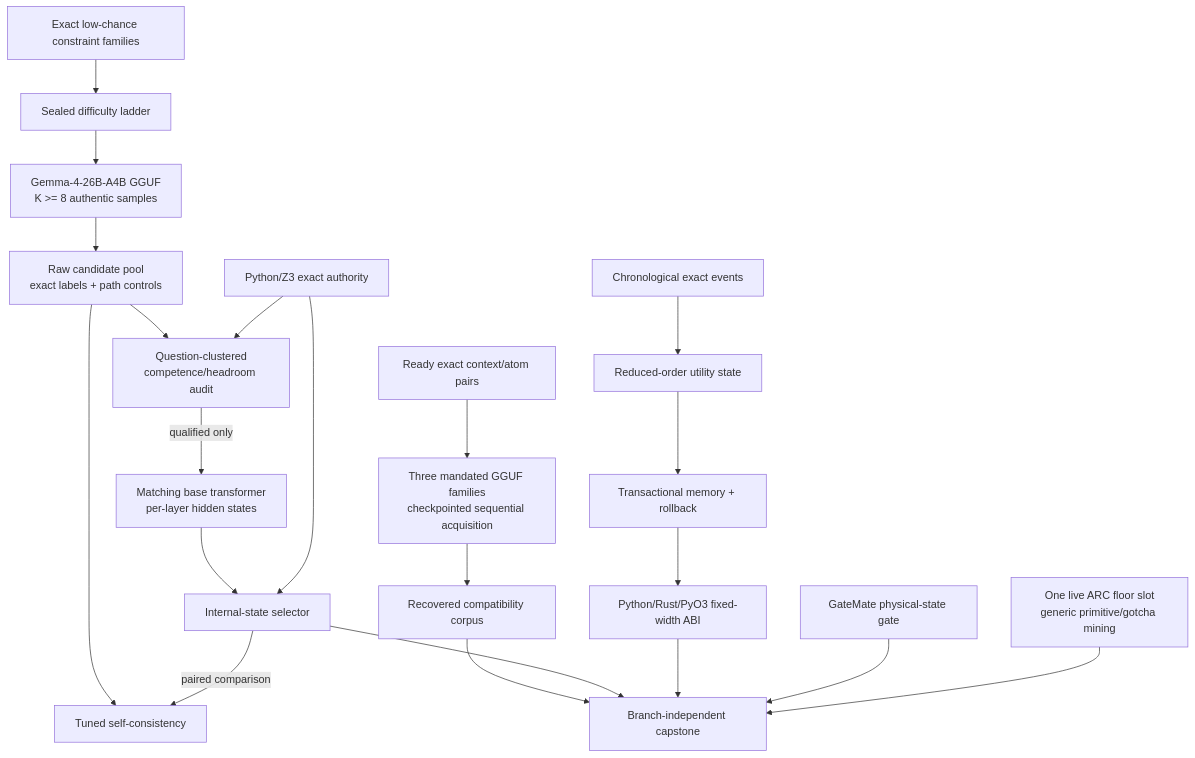
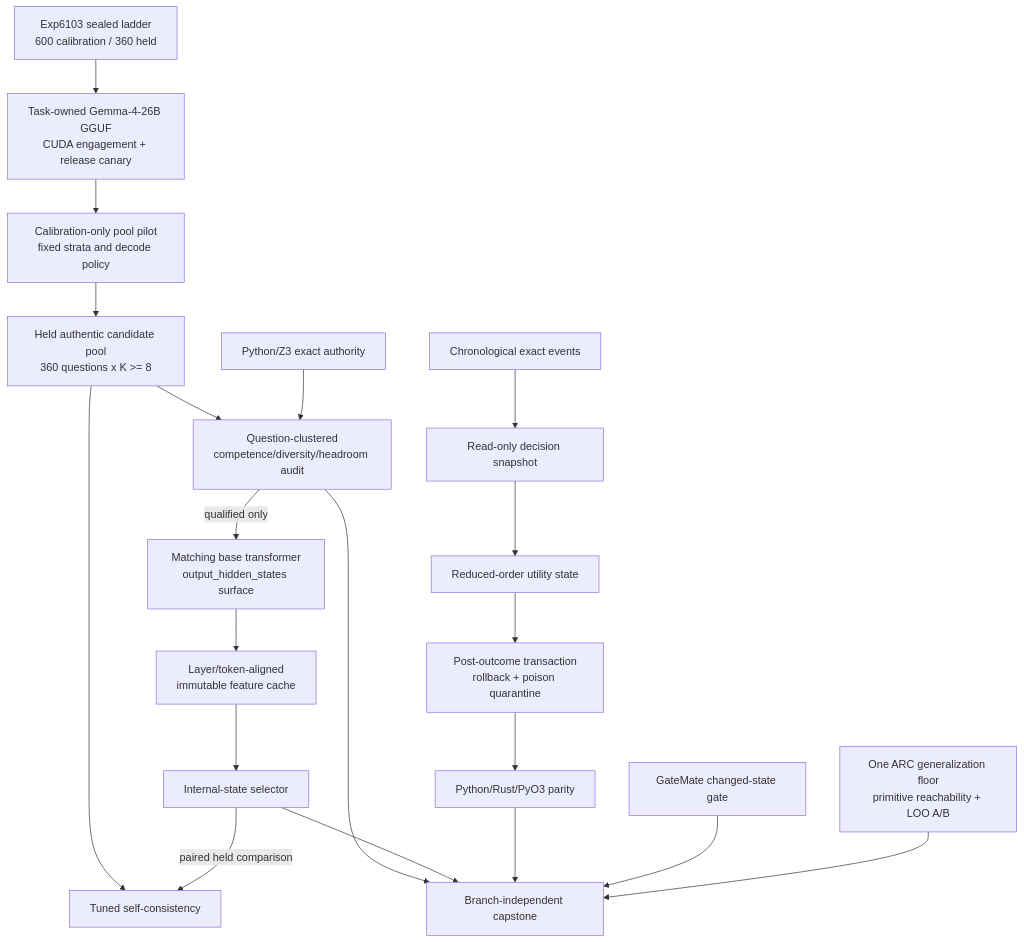
The diagram in openspec/change-proposals/research-roadmap-vNEXT.md (Carnot-EBM/carnot-ebm), drawn with Mermaid before and after one commit. The commit also changed other lines of this file and 6 other files, not shown here.

````diff
--- a/openspec/change-proposals/research-roadmap-vNEXT.md
+++ b/openspec/change-proposals/research-roadmap-vNEXT.md
@@ -109,41 +108,37 @@
 ```mermaid
 flowchart TD
-    FIX[Exact low-chance constraint families]
-    LADDER[Sealed difficulty ladder]
-    GGUF[Gemma-4-26B-A4B GGUF\nK >= 8 authentic samples]
-    POOL[Raw candidate pool\nexact labels + path controls]
-    AUDIT[Question-clustered\ncompetence/headroom audit]
-    BASE[Matching base transformer\nper-layer hidden states]
+    LADDER[Exp6103 sealed ladder\n600 calibration / 360 held]
+    CANARY[Task-owned Gemma-4-26B GGUF\nCUDA engagement + release canary]
+    CAL[Calibration-only pool pilot\nfixed strata and decode policy]
+    POOL[Held authentic candidate pool\n360 questions x K >= 8]
+    AUDIT[Question-clustered\ncompetence/diversity/headroom audit]
+    BASE[Matching base transformer\noutput_hidden_states surface]
+    CACHE[Layer/token-aligned\nimmutable feature cache]
     SELECT[Internal-state selector]
     SC[Tuned self-consistency]
     EXACT[Python/Z3 exact authority]
 
-    PAIR[Ready exact context/atom pairs]
-    THREE[Three mandated GGUF families\ncheckpointed sequential acquisition]
-    ATOMS[Recovered compatibility corpus]
+    EVENTS[Chronological exact events]
+    SNAP[Read-only decision snapshot]
+    ROU[Reduced-order utility state]
+    TX[Post-outcome transaction\nrollback + poison quarantine]
+    ABI[Python/Rust/PyO3 parity]
 
-    EVENTS[Chronological exact events]
-    ROU[Reduced-order utility state]
-    TX[Transactional memory + rollback]
-    ABI[Python/Rust/PyO3 fixed-width ABI]
-
-    GM[GateMate physical-state gate]
-    ARC[One live ARC floor slot\ngeneric primitive/gotcha mining]
+    GM[GateMate changed-state gate]
+    ARC[One ARC generalization floor\nprimitive reachability + LOO A/B]
     CAP[Branch-independent capstone]
 
-    FIX --> LADDER --> GGUF --> POOL --> AUDIT
-    AUDIT -->|qualified only| BASE --> SELECT
+    LADDER --> CANARY --> CAL --> POOL --> AUDIT
+    EXACT --> AUDIT
+    AUDIT -->|qualified only| BASE --> CACHE --> SELECT
     POOL --> SC
-    EXACT --> AUDIT
-    EXACT --> SELECT
-    SELECT -->|paired comparison| SC
+    SELECT -->|paired held comparison| SC
 
-    PAIR --> THREE --> ATOMS
-    EVENTS --> ROU --> TX --> ABI
+    EVENTS --> SNAP --> ROU --> TX --> ABI
 
-    ATOMS --> CAP
+    AUDIT --> CAP
     SELECT --> CAP
     ABI --> CAP
     GM --> CAP
     ARC --> CAP
 ```
````
